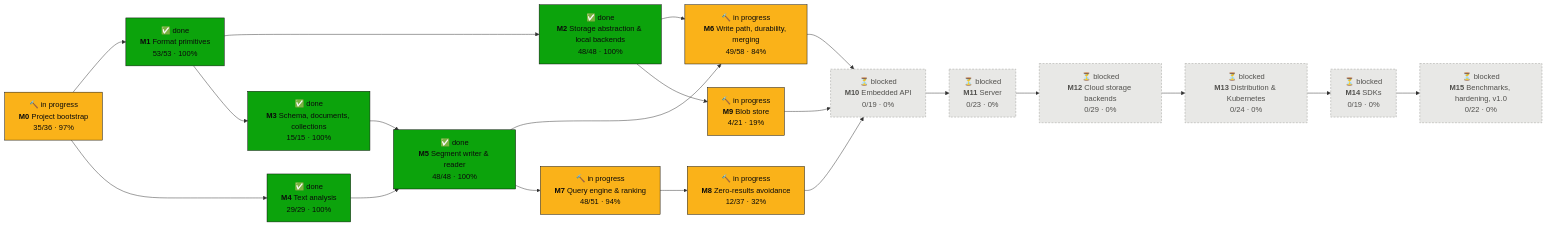
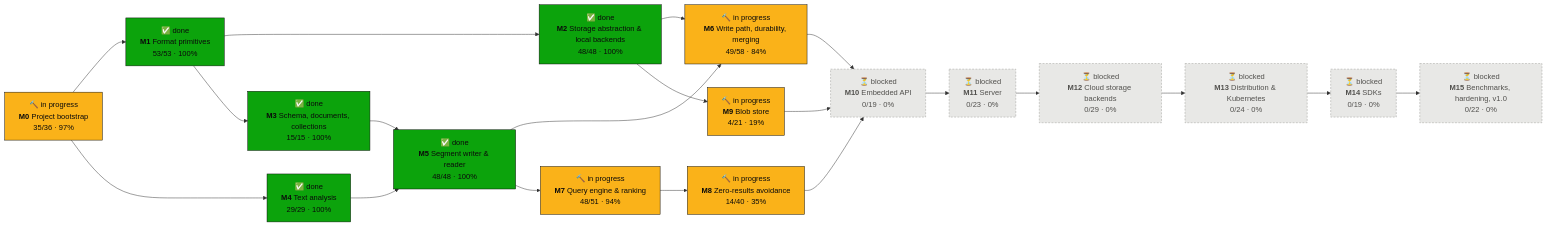
The first of 2 diagrams in PROGRESS.md (tomiok/persiaDB), drawn with Mermaid before and after one commit. The commit also changed other lines of this file and 26 other files, not shown here.

First line of the commit message:
feat(engine): L1 synonyms, and synonym alternatives within QueryLimits (ROADMAP 8.2.1, 8.1.13) (#90)

````diff
--- a/PROGRESS.md
+++ b/PROGRESS.md
@@ -16,42 +16,42 @@
 ```mermaid
 flowchart LR
   M0["🔨 in progress<br/><b>M0</b> Project bootstrap<br/>35/36 · 97%"]:::doing
   M1["✅ done<br/><b>M1</b> Format primitives<br/>53/53 · 100%"]:::done
   M2["✅ done<br/><b>M2</b> Storage abstraction & local backends<br/>48/48 · 100%"]:::done
   M3["✅ done<br/><b>M3</b> Schema, documents, collections<br/>15/15 · 100%"]:::done
   M4["✅ done<br/><b>M4</b> Text analysis<br/>29/29 · 100%"]:::done
   M5["✅ done<br/><b>M5</b> Segment writer & reader<br/>48/48 · 100%"]:::done
   M6["🔨 in progress<br/><b>M6</b> Write path, durability, merging<br/>49/58 · 84%"]:::doing
   M7["🔨 in progress<br/><b>M7</b> Query engine & ranking<br/>48/51 · 94%"]:::doing
-  M8["🔨 in progress<br/><b>M8</b> Zero-results avoidance<br/>12/37 · 32%"]:::doing
+  M8["🔨 in progress<br/><b>M8</b> Zero-results avoidance<br/>14/40 · 35%"]:::doing
   M9["🔨 in progress<br/><b>M9</b> Blob store<br/>4/21 · 19%"]:::doing
   M10["⏳ blocked<br/><b>M10</b> Embedded API<br/>0/19 · 0%"]:::blocked
   M11["⏳ blocked<br/><b>M11</b> Server<br/>0/23 · 0%"]:::blocked
   M12["⏳ blocked<br/><b>M12</b> Cloud storage backends<br/>0/29 · 0%"]:::blocked
   M13["⏳ blocked<br/><b>M13</b> Distribution & Kubernetes<br/>0/24 · 0%"]:::blocked
   M14["⏳ blocked<br/><b>M14</b> SDKs<br/>0/19 · 0%"]:::blocked
   M15["⏳ blocked<br/><b>M15</b> Benchmarks, hardening, v1.0<br/>0/22 · 0%"]:::blocked
   M0 --> M1
   M1 --> M2
   M1 --> M3
   M0 --> M4
   M3 --> M5
   M4 --> M5
   M2 --> M6
   M5 --> M6
   M5 --> M7
   M7 --> M8
   M2 --> M9
   M6 --> M10
   M8 --> M10
   M9 --> M10
   M10 --> M11
   M11 --> M12
   M12 --> M13
   M13 --> M14
   M14 --> M15
   classDef done fill:#0ca30c,stroke:#0b0b0b,color:#0b0b0b
   classDef doing fill:#fab219,stroke:#0b0b0b,color:#0b0b0b
   classDef ready fill:#fcfcfb,stroke:#0b0b0b,stroke-width:2px,color:#0b0b0b
   classDef blocked fill:#e8e8e6,stroke:#9a9a96,stroke-dasharray:4 3,color:#52514e
 ```
````
